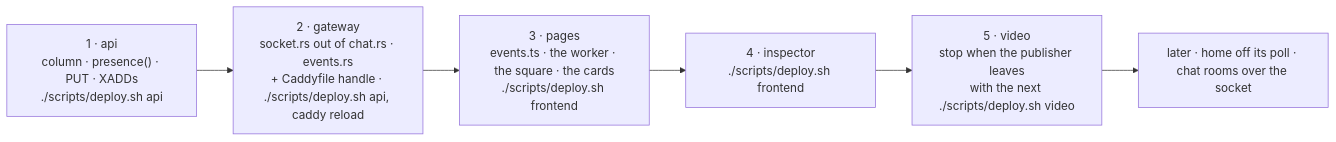
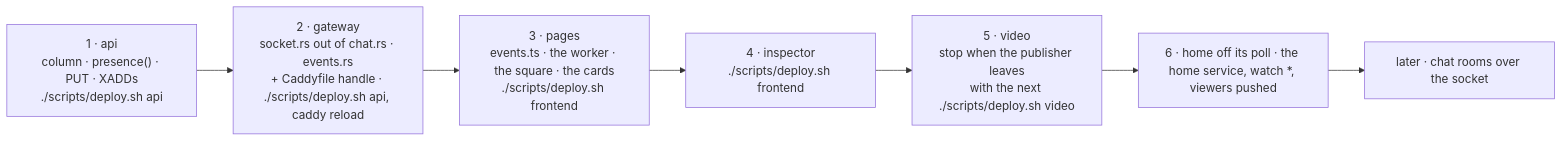
One commit to ZeroNerodaHero/slop-stream-architecture changed the second of 2 diagrams in docs/transition.md. Above: the diagram before and after it, drawn with Mermaid. The commit also changed other lines of this file and 62 other files, not shown here.

````diff
--- a/docs/transition.md
+++ b/docs/transition.md
@@ -115,10 +115,11 @@
 ```mermaid
 flowchart LR
   p1["1 · api<br/>column · presence() · PUT · XADDs<br/>./scripts/deploy.sh api"]
   p2["2 · gateway<br/>socket.rs out of chat.rs · events.rs<br/>+ Caddyfile handle · ./scripts/deploy.sh api, caddy reload"]
   p3["3 · pages<br/>events.ts · the worker · the square · the cards<br/>./scripts/deploy.sh frontend"]
   p4["4 · inspector<br/>./scripts/deploy.sh frontend"]
   p5["5 · video<br/>stop when the publisher leaves<br/>with the next ./scripts/deploy.sh video"]
-  p6["later · home off its poll · chat rooms over the socket"]
-  p1 --> p2 --> p3 --> p4 --> p5 --> p6
+  p6["6 · home off its poll · the home service, watch *, viewers pushed"]
+  p7["later · chat rooms over the socket"]
+  p1 --> p2 --> p3 --> p4 --> p5 --> p6 --> p7
 ```
````
